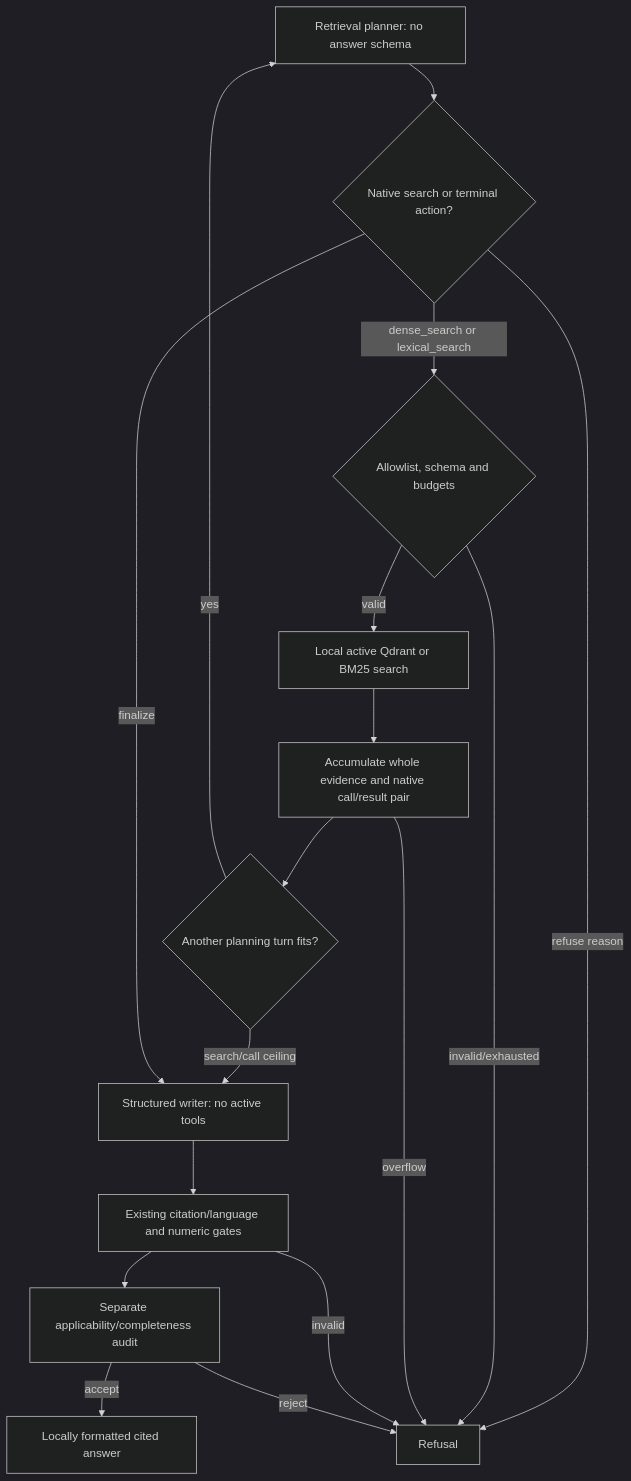
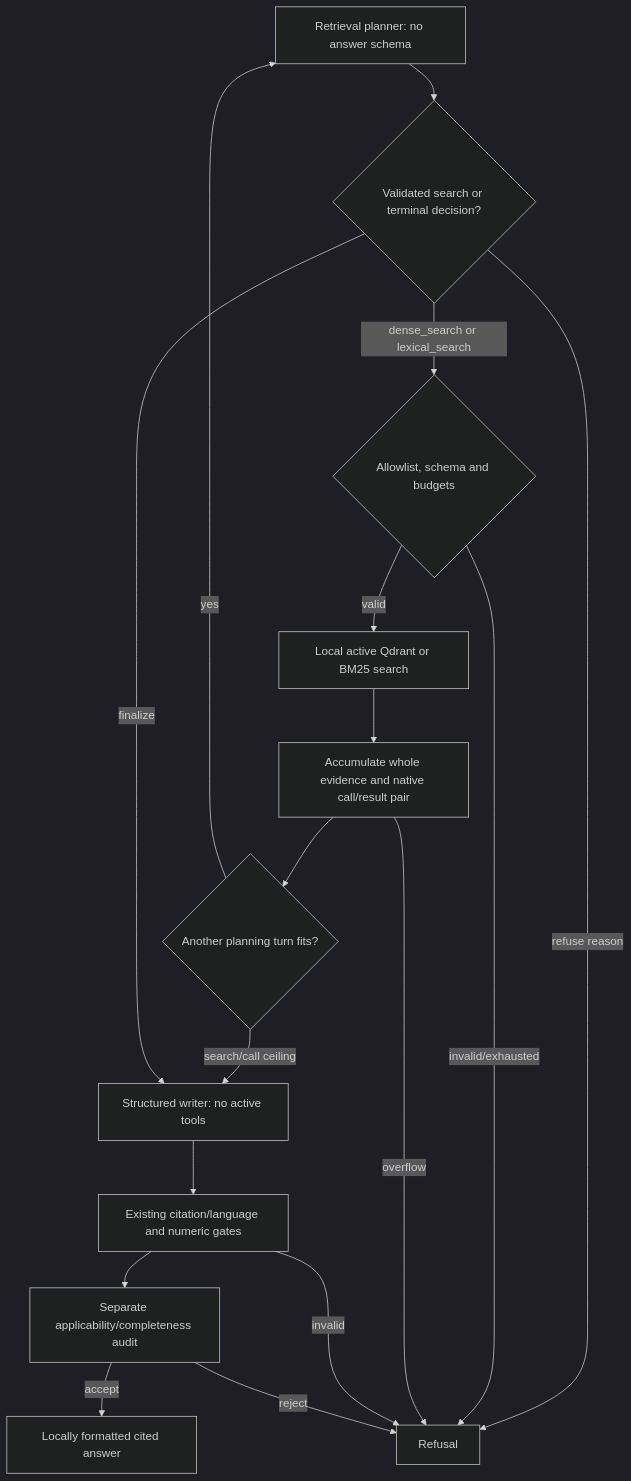
One commit to cryptoadya/garage-rag changed the second of 2 diagrams in docs/architecture.md. Above: the diagram before and after it, drawn with Mermaid (dark theme). The commit also changed other lines of this file and 12 other files, not shown here.

````diff
--- a/docs/architecture.md
+++ b/docs/architecture.md
@@ -105,19 +105,19 @@
 ```mermaid
 flowchart TD
-    M[Retrieval planner: no answer schema] --> C{Native search or terminal action?}
+    M[Retrieval planner: no answer schema] --> C{Validated search or terminal decision?}
     C -- dense_search or lexical_search --> G{Allowlist, schema and budgets}
     G -- valid --> L[Local active Qdrant or BM25 search]
     L --> E[Accumulate whole evidence and native call/result pair]
     E --> B{Another planning turn fits?}
     B -- yes --> M
     B -- search/call ceiling --> D[Structured writer: no active tools]
     C -- finalize --> D
     C -- refuse reason --> F[Refusal]
     D --> V[Existing citation/language and numeric gates]
     V --> A[Separate applicability/completeness audit]
     A -- accept --> O[Locally formatted cited answer]
     G -- invalid/exhausted --> F
     E -- overflow --> F
     V -- invalid --> F
     A -- reject --> F
 ```
````
